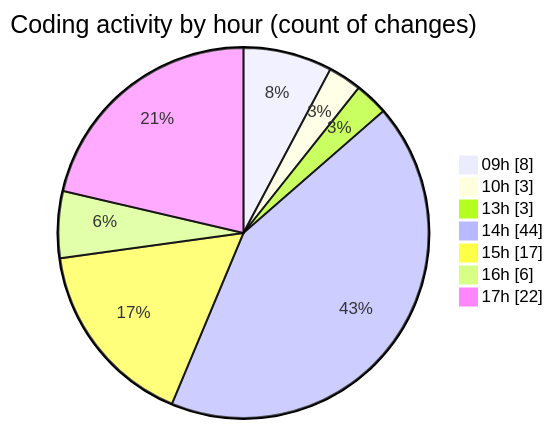
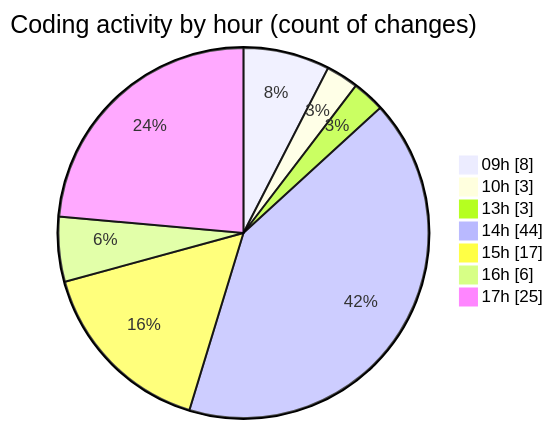
One commit to momahboobian/code-tracking changed the second of 2 diagrams in 2026-04-09/cda/README.md. Above: the diagram before and after it, drawn with Mermaid. The commit also changed other lines of this file and 1 other file, not shown here.

````diff
--- a/2026-04-09/cda/README.md
+++ b/2026-04-09/cda/README.md
@@ -44,11 +44,11 @@
 ```mermaid
 pie showData
 title Coding activity by hour (count of changes)
 "09h" : 8
 "10h" : 3
 "13h" : 3
 "14h" : 44
 "15h" : 17
 "16h" : 6
-"17h" : 22
+"17h" : 25
 ```
````
